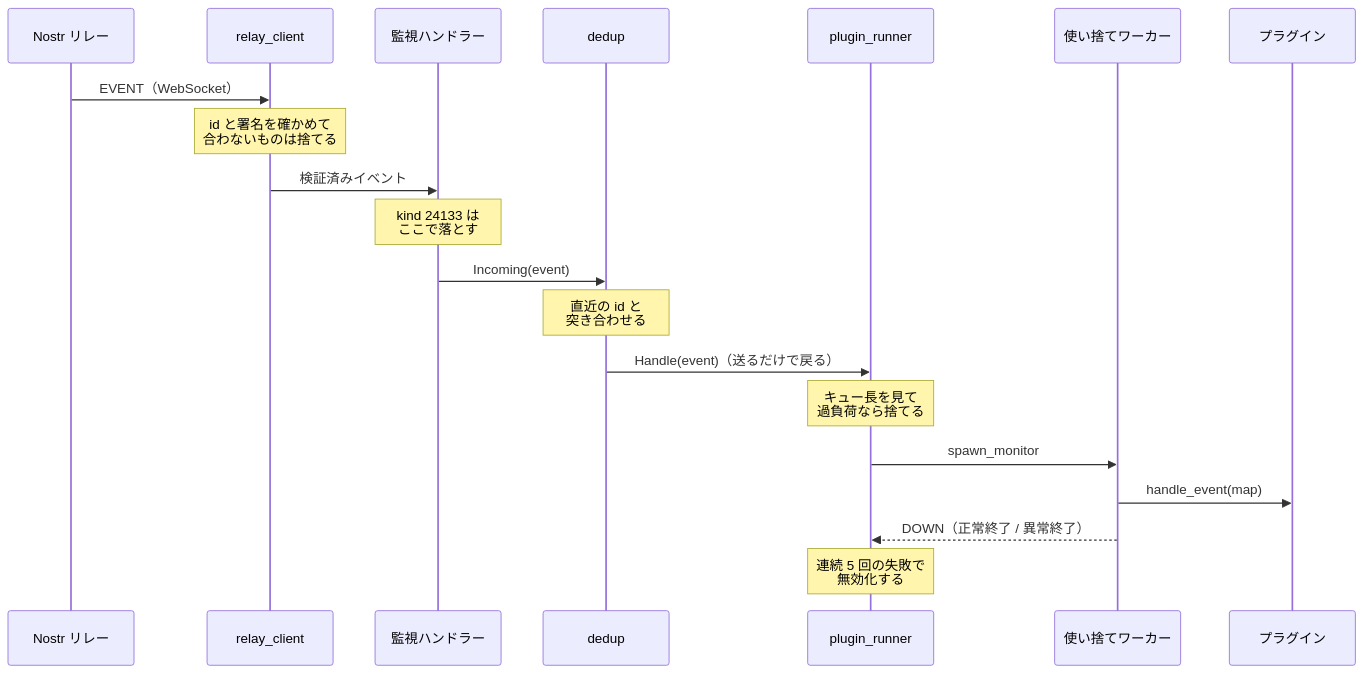
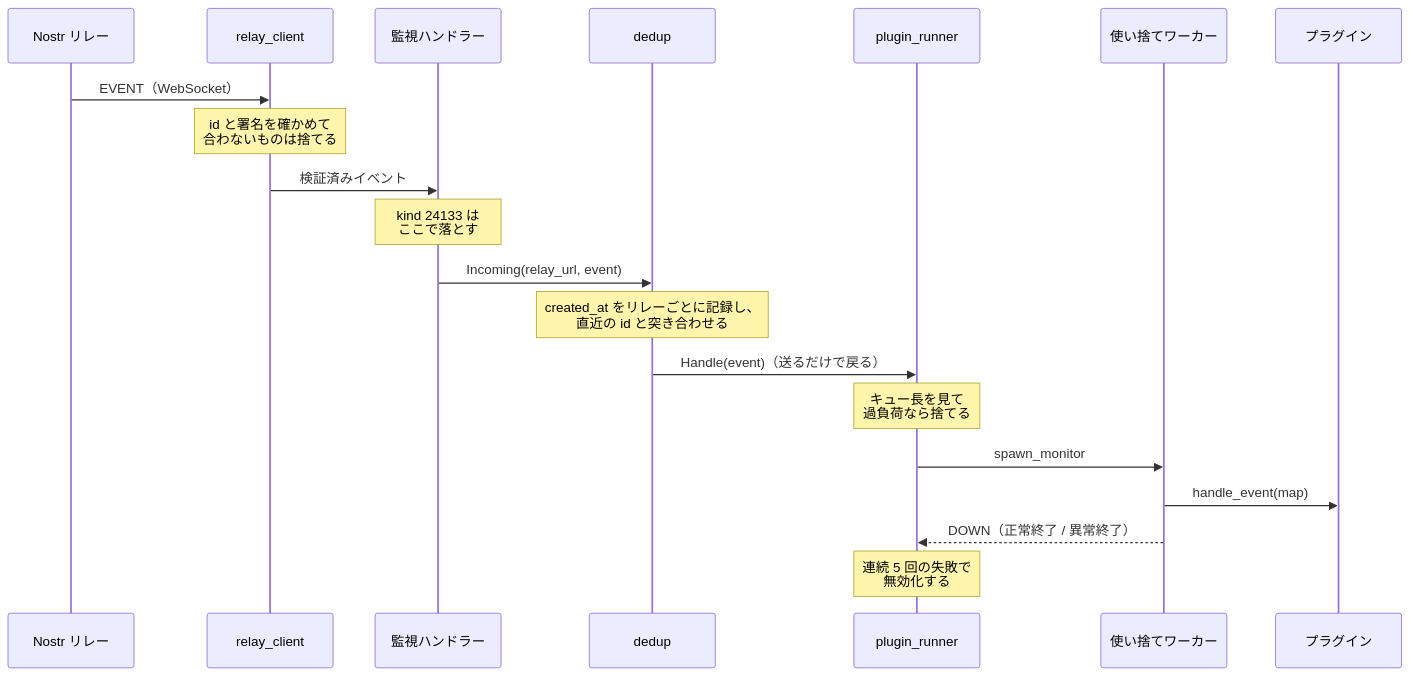
One commit to neverclear86/nostr-no-su changed the second of 9 diagrams in docs/architecture.md. Above: the diagram before and after it, drawn with Mermaid. The commit also changed other lines of this file and 21 other files, not shown here.

````diff
--- a/docs/architecture.md
+++ b/docs/architecture.md
@@ -129,23 +132,23 @@
 ```mermaid
 sequenceDiagram
     participant relay as Nostr リレー
     participant client as relay_client
     participant handler as 監視ハンドラー
     participant dedup as dedup
     participant runner as plugin_runner
     participant worker as 使い捨てワーカー
     participant plugin as プラグイン
 
     relay->>client: EVENT（WebSocket）
     Note over client: id と署名を確かめて<br/>合わないものは捨てる
     client->>handler: 検証済みイベント
     Note over handler: kind 24133 は<br/>ここで落とす
-    handler->>dedup: Incoming(event)
-    Note over dedup: 直近の id と<br/>突き合わせる
+    handler->>dedup: Incoming(relay_url, event)
+    Note over dedup: created_at をリレーごとに記録し、<br/>直近の id と突き合わせる
     dedup->>runner: Handle(event)（送るだけで戻る）
     Note over runner: キュー長を見て<br/>過負荷なら捨てる
     runner->>worker: spawn_monitor
     worker->>plugin: handle_event(map)
     worker-->>runner: DOWN（正常終了 / 異常終了）
     Note over runner: 連続 5 回の失敗で<br/>無効化する
 ```
````
